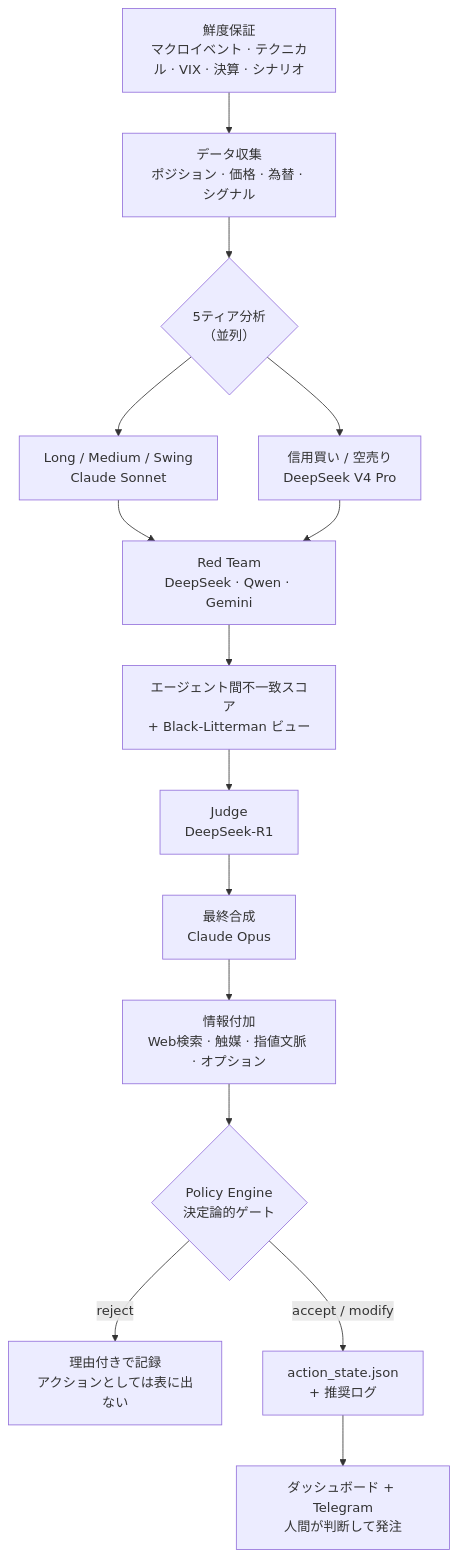
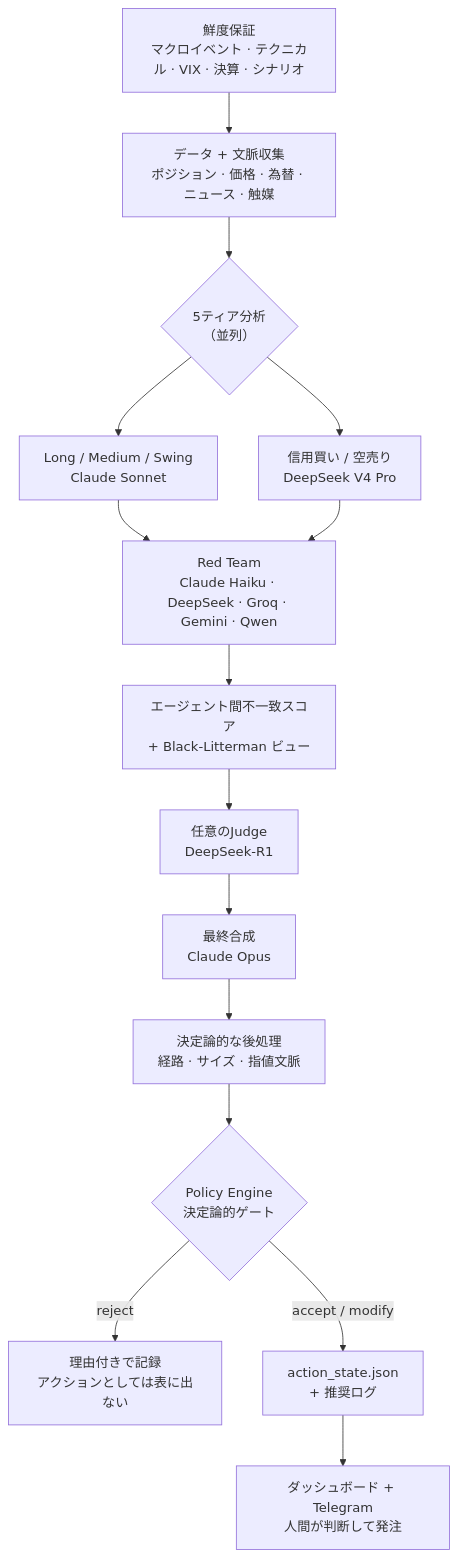
One commit to quant-almanac/almanac changed the diagram in README.ja.md. Above: the diagram before and after it, drawn with Mermaid. The commit also changed other lines of this file and 2 other files, not shown here.

Commit message:
docs: expand README setup and architecture

````diff
--- a/README.ja.md
+++ b/README.ja.md
@@ -30,17 +32,17 @@
 ```mermaid
 flowchart TD
-    A["鮮度保証<br/>マクロイベント · テクニカル · VIX · 決算 · シナリオ"] --> B["データ収集<br/>ポジション · 価格 · 為替 · シグナル"]
+    A["鮮度保証<br/>マクロイベント · テクニカル · VIX · 決算 · シナリオ"] --> B["データ + 文脈収集<br/>ポジション · 価格 · 為替 · ニュース · 触媒"]
     B --> C{"5ティア分析<br/>（並列）"}
     C --> C1["Long / Medium / Swing<br/>Claude Sonnet"]
     C --> C2["信用買い / 空売り<br/>DeepSeek V4 Pro"]
-    C1 --> D["Red Team<br/>DeepSeek · Qwen · Gemini"]
+    C1 --> D["Red Team<br/>Claude Haiku · DeepSeek · Groq · Gemini · Qwen"]
     C2 --> D
     D --> E["エージェント間不一致スコア<br/>+ Black-Litterman ビュー"]
-    E --> F["Judge<br/>DeepSeek-R1"]
+    E --> F["任意のJudge<br/>DeepSeek-R1"]
     F --> G["最終合成<br/>Claude Opus"]
-    G --> H["情報付加<br/>Web検索 · 触媒 · 指値文脈 · オプション"]
+    G --> H["決定論的な後処理<br/>経路 · サイズ · 指値文脈"]
     H --> I{"Policy Engine<br/>決定論的ゲート"}
     I -->|reject| J["理由付きで記録<br/>アクションとしては表に出ない"]
     I -->|accept / modify| K["action_state.json<br/>+ 推奨ログ"]
     K --> L["ダッシュボード + Telegram<br/>人間が判断して発注"]
 ```
````
